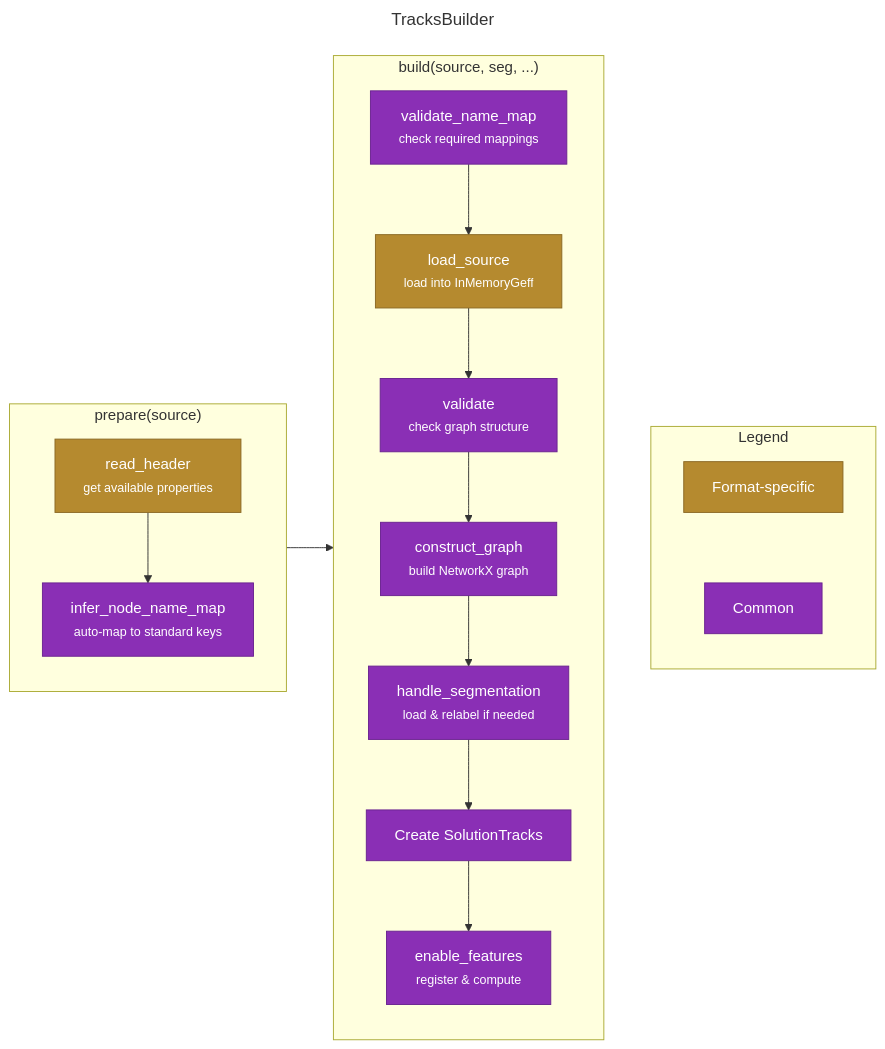
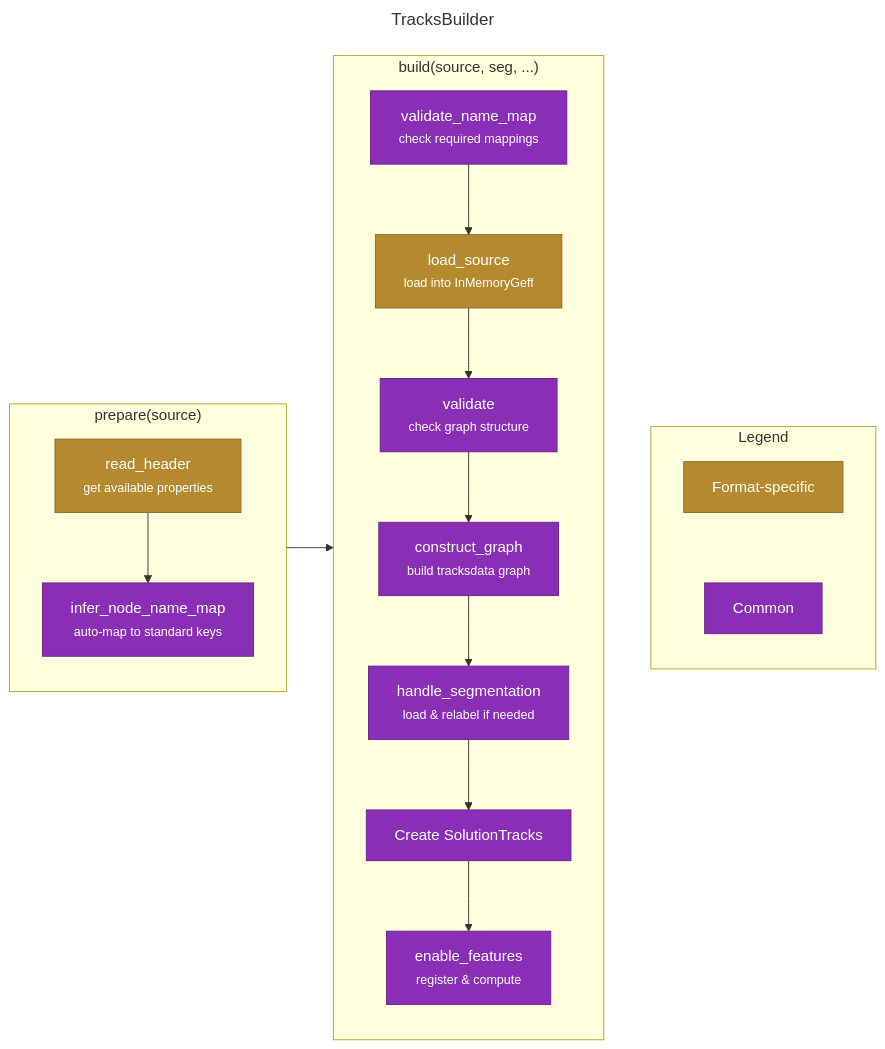
The diagram in docs/import-flow.md (funkelab/funtracks), drawn with Mermaid before and after one commit. The commit also changed 107 other files, not shown here.

````diff
--- a/docs/import-flow.md
+++ b/docs/import-flow.md
@@ -9,54 +9,54 @@
 ```mermaid
 ---
 title: TracksBuilder
 ---
 graph LR
     subgraph Prepare["prepare(source)"]
         direction TB
         ReadHeader["read_header<br/><small>get available properties</small>"]
         InferMap["infer_node_name_map<br/><small>auto-map to standard keys</small>"]
         ReadHeader --> InferMap
     end
 
     subgraph Build["build(source, seg, ...)"]
         direction TB
         ValidateMap["validate_name_map<br/><small>check required mappings</small>"]
         LoadSource["load_source<br/><small>load into InMemoryGeff</small>"]
         Validate["validate<br/><small>check graph structure</small>"]
-        ConstructGraph["construct_graph<br/><small>build NetworkX graph</small>"]
+        ConstructGraph["construct_graph<br/><small>build tracksdata graph</small>"]
         HandleSeg["handle_segmentation<br/><small>load & relabel if needed</small>"]
         CreateTracks[Create SolutionTracks]
         EnableFeatures["enable_features<br/><small>register & compute</small>"]
 
         ValidateMap --> LoadSource
         LoadSource --> Validate
         Validate --> ConstructGraph
         ConstructGraph --> HandleSeg
         HandleSeg --> CreateTracks
         CreateTracks --> EnableFeatures
     end
 
     Prepare --> Build
 
     subgraph Legend["Legend"]
         direction TB
         L1[Format-specific]
         L2[Common]
 
         L1 ~~~ L2
     end
 
     Build ~~~ Legend
 
     style ReadHeader fill:#b58a2f,color:#fff,stroke:#8a6823
     style LoadSource fill:#b58a2f,color:#fff,stroke:#8a6823
     style InferMap fill:#8a2fb5,color:#fff,stroke:#6a2390
     style ValidateMap fill:#8a2fb5,color:#fff,stroke:#6a2390
     style Validate fill:#8a2fb5,color:#fff,stroke:#6a2390
     style ConstructGraph fill:#8a2fb5,color:#fff,stroke:#6a2390
     style HandleSeg fill:#8a2fb5,color:#fff,stroke:#6a2390
     style CreateTracks fill:#8a2fb5,color:#fff,stroke:#6a2390
     style EnableFeatures fill:#8a2fb5,color:#fff,stroke:#6a2390
     style L1 fill:#b58a2f,color:#fff,stroke:#8a6823
     style L2 fill:#8a2fb5,color:#fff,stroke:#6a2390
 ```
````
